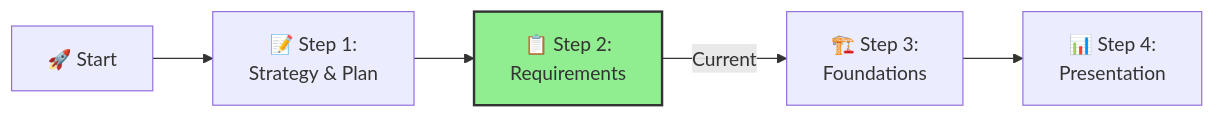
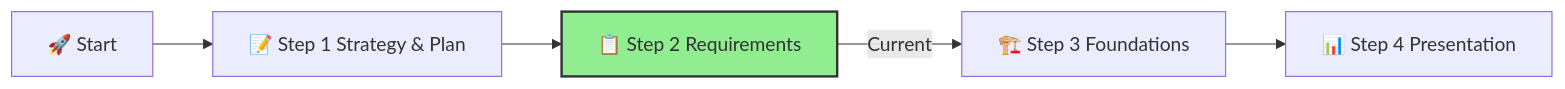
The diagram in docs/01-aiready/ifs-ready-step2-requirements.md (briandenicola/xlr8-e2eaisolutions), drawn with Mermaid before and after one commit. The commit also changed other lines of this file and 17 other files, not shown here.

````diff
--- a/docs/01-aiready/ifs-ready-step2-requirements.md
+++ b/docs/01-aiready/ifs-ready-step2-requirements.md
@@ -21,8 +25,8 @@
 ```mermaid
 flowchart LR
-    A[🚀 Start] --> B[📝 Step 1:\nStrategy & Plan]
-    B --> C[📋 Step 2:\nRequirements]
-    C -->|Current| D[🏗️ Step 3:\nFoundations]
-    D --> E[📊 Step 4:\nPresentation]
+    A[🚀 Start] --> B[📝 Step 1 Strategy & Plan]
+    B --> C[📋 Step 2 Requirements]
+    C -->|Current| D[🏗️ Step 3 Foundations]
+    D --> E[📊 Step 4 Presentation]
     style C fill:#90EE90,stroke:#333,stroke-width:2px
 ```
````
